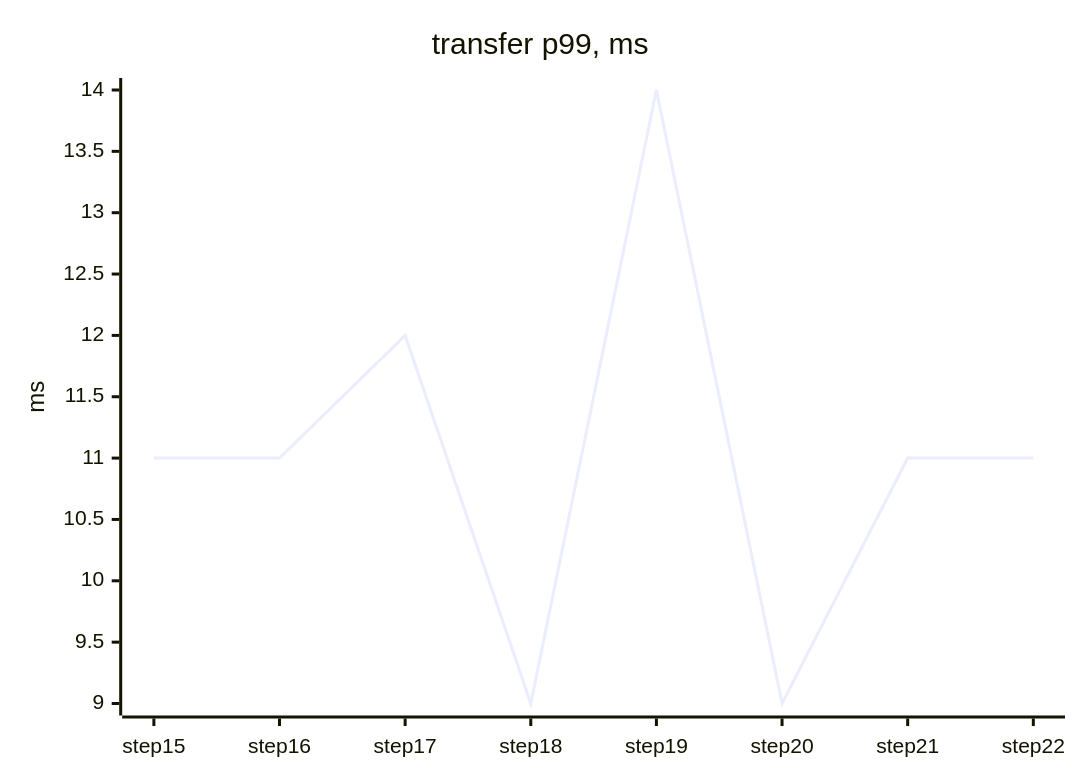
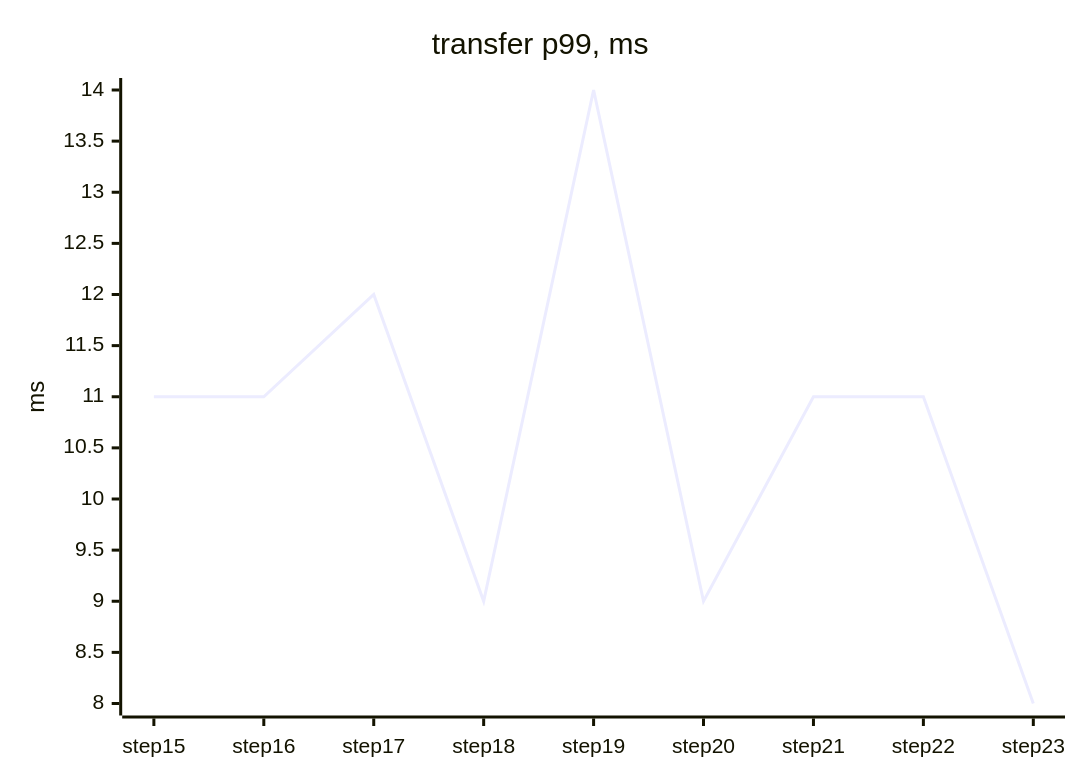
One commit to tanvoid0/ledgerflow changed the first of 4 diagrams in docs/perf/README.md. Above: the diagram before and after it, drawn with Mermaid. The commit also changed other lines of this file and 5 other files, not shown here.

````diff
--- a/docs/perf/README.md
+++ b/docs/perf/README.md
@@ -25,7 +26,7 @@
 ```mermaid
 xychart-beta
     title "transfer p99, ms"
-    x-axis ["step15", "step16", "step17", "step18", "step19", "step20", "step21", "step22"]
+    x-axis ["step15", "step16", "step17", "step18", "step19", "step20", "step21", "step22", "step23"]
     y-axis "ms"
-    line [11, 11, 12, 9, 14, 9, 11, 11]
+    line [11, 11, 12, 9, 14, 9, 11, 11, 8]
 ```
````
